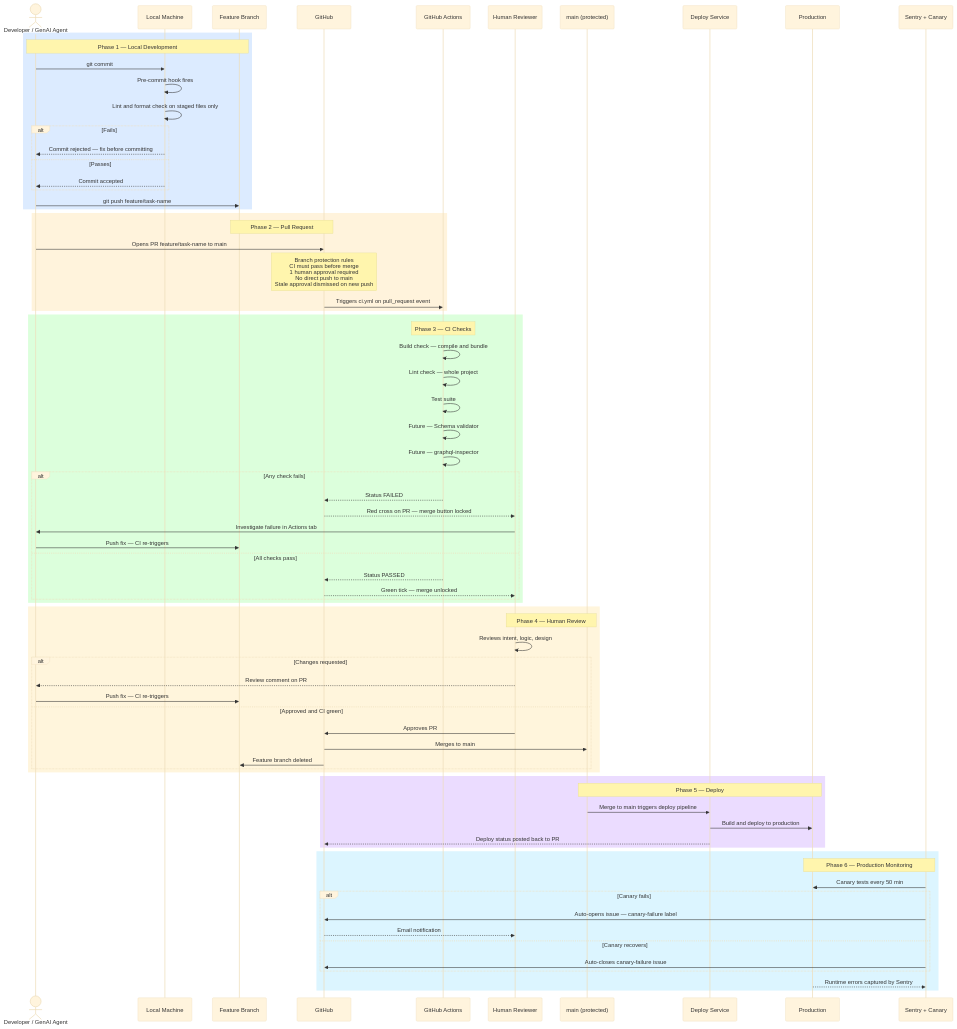
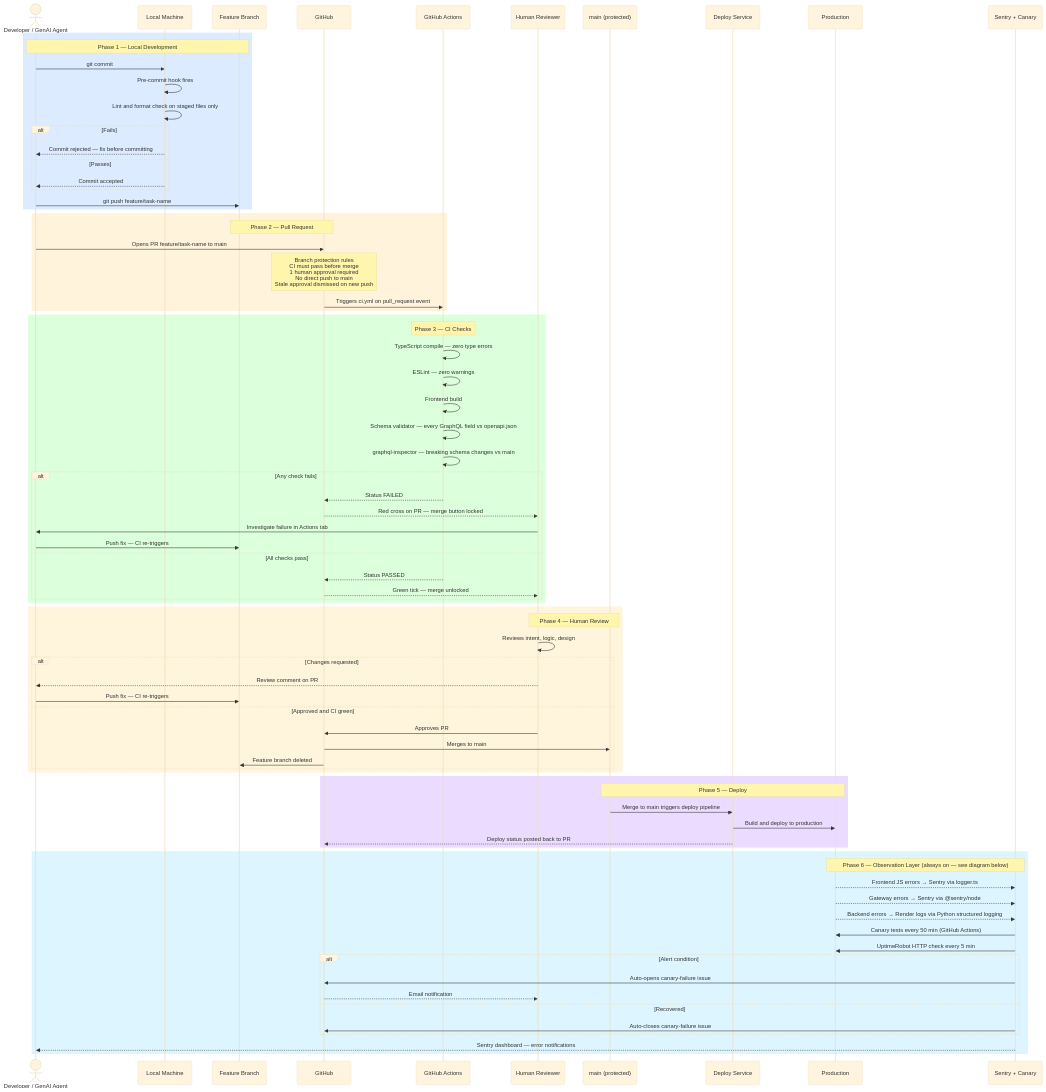
One commit to vikasparth/restaurant-main changed the first of 3 diagrams in docs/engineering-practices/ai-agent-workflow.md. Above: the diagram before and after it, drawn with Mermaid (base theme). The commit also changed other lines of this file and 1 other file, not shown here.

First line of the commit message:
docs: update execution plan and add Observation Layer to agent workflow

````diff
--- a/docs/engineering-practices/ai-agent-workflow.md
+++ b/docs/engineering-practices/ai-agent-workflow.md
@@ -53,11 +53,11 @@
 
     rect rgb(220, 255, 220)
         note over CI: Phase 3 — CI Checks
-        CI->>CI: Build check — compile and bundle
-        CI->>CI: Lint check — whole project
-        CI->>CI: Test suite
-        CI->>CI: Future — Schema validator
-        CI->>CI: Future — graphql-inspector
+        CI->>CI: TypeScript compile — zero type errors
+        CI->>CI: ESLint — zero warnings
+        CI->>CI: Frontend build
+        CI->>CI: Schema validator — every GraphQL field vs openapi.json
+        CI->>CI: graphql-inspector — breaking schema changes vs main
         alt Any check fails
             CI-->>GH: Status FAILED
             GH-->>Human: Red cross on PR — merge button locked
@@ -90,14 +90,18 @@
     end
 
     rect rgb(220, 245, 255)
-        note over Prod, Monitor: Phase 6 — Production Monitoring
-        Monitor->>Prod: Canary tests every 50 min
-        alt Canary fails
-            Monitor->>GH: Auto-opens issue — canary-failure label
+        note over Prod, Monitor: Phase 6 — Observation Layer (always on — see diagram below)
+        Prod-->>Monitor: Frontend JS errors → Sentry via logger.ts
+        Prod-->>Monitor: Gateway errors → Sentry via @sentry/node
+        Prod-->>Monitor: Backend errors → Render logs via Python structured logging
+        Monitor->>Prod: Canary tests every 50 min (GitHub Actions)
+        Monitor->>Prod: UptimeRobot HTTP check every 5 min
+        alt Alert condition
+            Monitor->>GH: Auto-opens canary-failure issue
             GH-->>Human: Email notification
-        else Canary recovers
+        else Recovered
             Monitor->>GH: Auto-closes canary-failure issue
         end
-        Prod-->>Monitor: Runtime errors captured by Sentry
+        Monitor-->>Dev: Sentry dashboard — error notifications
     end
 ```
````
